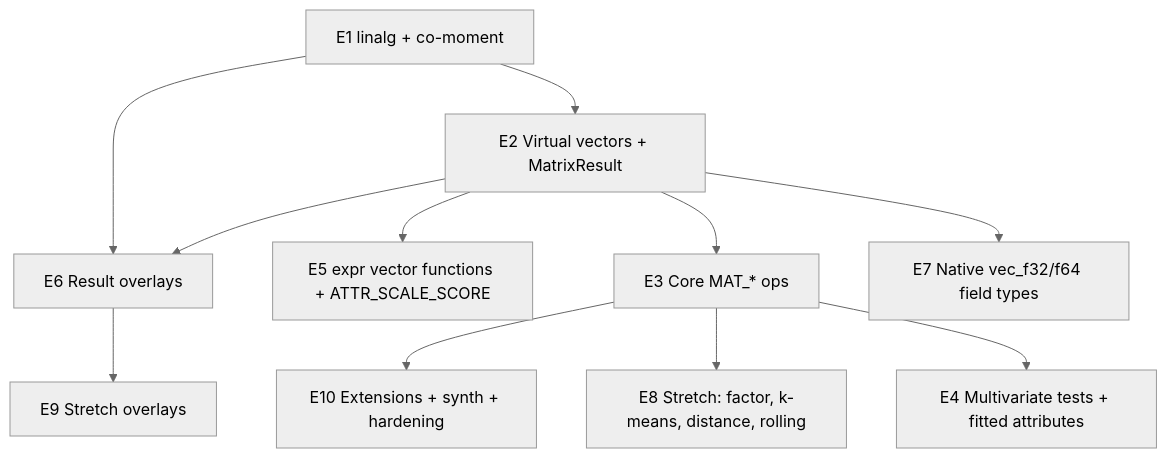
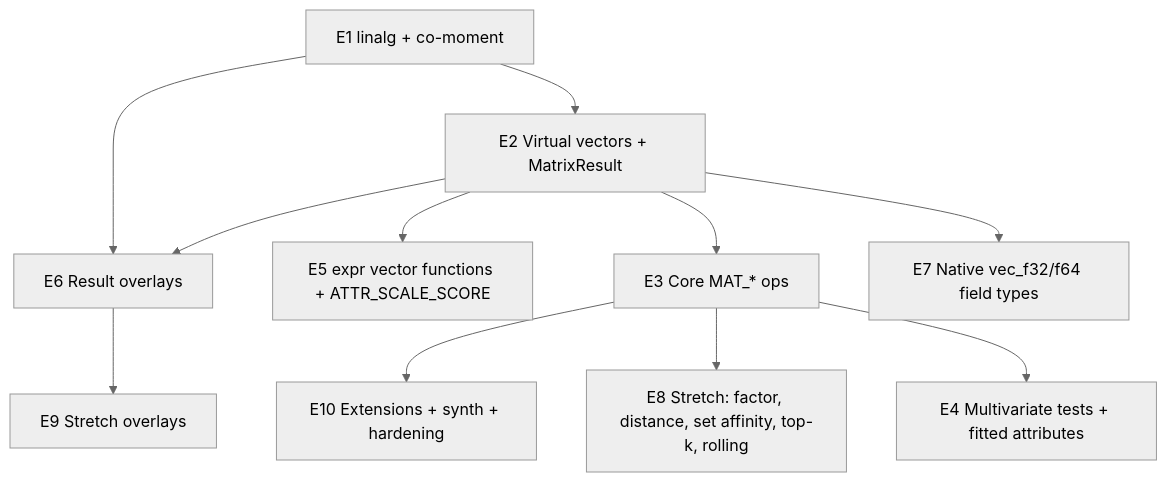
One commit to frankbardon/pulse changed the diagram in docs/roadmap/v1.0.0-vector-matrix/06-phasing.md. Above: the diagram before and after it, drawn with Mermaid (neutral theme). The commit also changed other lines of this file and 5 other files, not shown here.

First line of the commit message:
docs(roadmap): record planning decisions; add similarity & distance doc

````diff
--- a/docs/roadmap/v1.0.0-vector-matrix/06-phasing.md
+++ b/docs/roadmap/v1.0.0-vector-matrix/06-phasing.md
@@ -7,13 +7,13 @@
 ```mermaid
 graph TD
   E1[E1 linalg + co-moment] --> E2[E2 Virtual vectors + MatrixResult]
   E2 --> E3[E3 Core MAT_* ops]
   E2 --> E5[E5 expr vector functions + ATTR_SCALE_SCORE]
   E3 --> E4[E4 Multivariate tests + fitted attributes]
   E1 --> E6[E6 Result overlays]
   E2 --> E6
   E2 --> E7[E7 Native vec_f32/f64 field types]
-  E3 --> E8[E8 Stretch: factor, k-means, distance, rolling]
+  E3 --> E8[E8 Stretch: factor, distance, set affinity, top-k, rolling]
   E6 --> E9[E9 Stretch overlays]
   E3 --> E10[E10 Extensions + synth + hardening]
 ```
````
